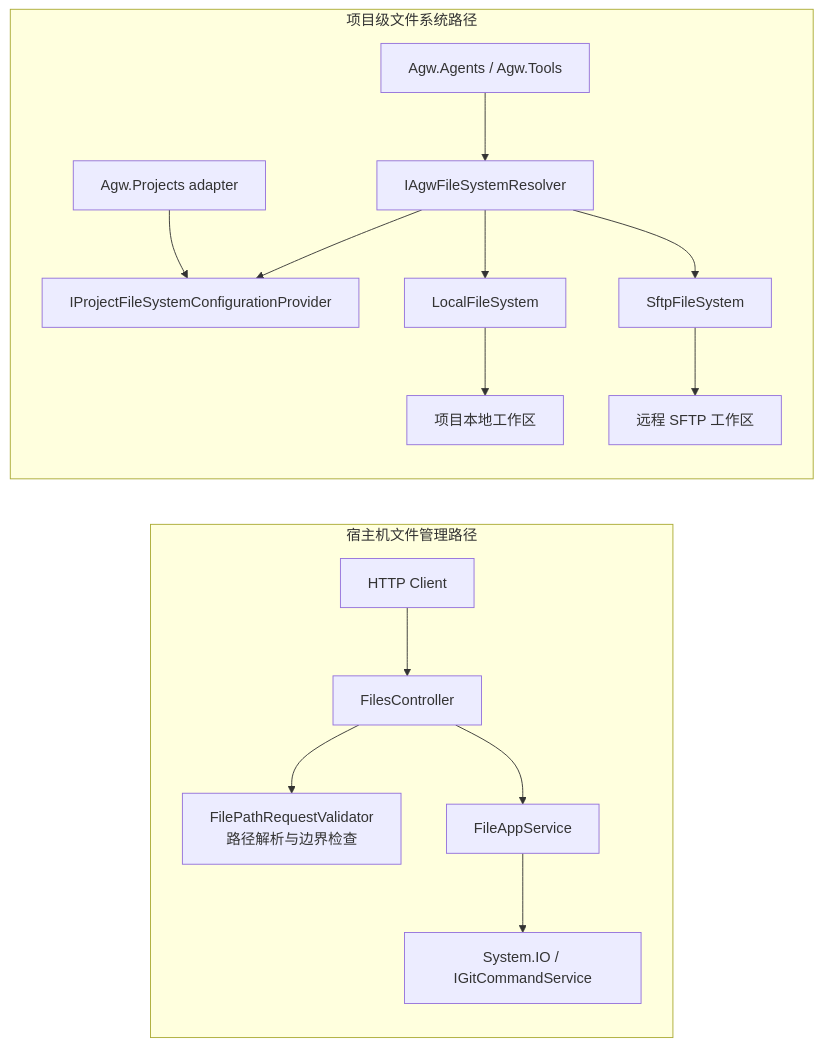
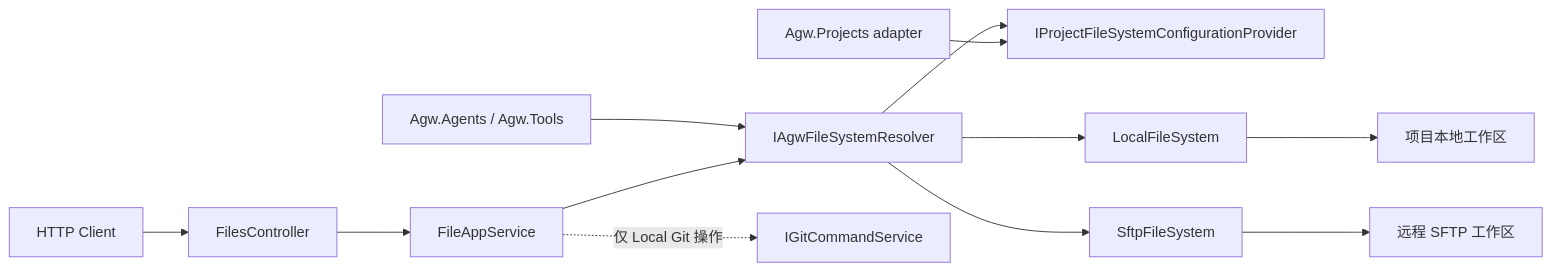
The diagram in src/server/Agw.Files/README.zh-CN.md (zxyao145/agw), drawn with Mermaid before and after one commit. The commit also changed other lines of this file and 40 other files, not shown here.

````diff
--- a/src/server/Agw.Files/README.zh-CN.md
+++ b/src/server/Agw.Files/README.zh-CN.md
@@ -40,19 +38,14 @@
 ```mermaid
 flowchart LR
-    subgraph HostPath["宿主机文件管理路径"]
-        Client["HTTP Client"] --> Controller["FilesController"]
-        Controller --> Validator["FilePathRequestValidator<br/>路径解析与边界检查"]
-        Controller --> AppService["FileAppService"]
-        AppService --> HostFs["System.IO / IGitCommandService"]
-    end
-
-    subgraph ProjectPath["项目级文件系统路径"]
-        Consumers["Agw.Agents / Agw.Tools"] --> Resolver["IAgwFileSystemResolver"]
-        Resolver --> Provider["IProjectFileSystemConfigurationProvider"]
-        Projects["Agw.Projects adapter"] --> Provider
-        Resolver --> Local["LocalFileSystem"]
-        Resolver --> Sftp["SftpFileSystem"]
-        Local --> LocalStorage["项目本地工作区"]
-        Sftp --> RemoteStorage["远程 SFTP 工作区"]
-    end
+    Client["HTTP Client"] --> Controller["FilesController"]
+    Controller --> AppService["FileAppService"]
+    Consumers["Agw.Agents / Agw.Tools"] --> Resolver["IAgwFileSystemResolver"]
+    AppService --> Resolver
+    Resolver --> Provider["IProjectFileSystemConfigurationProvider"]
+    Projects["Agw.Projects adapter"] --> Provider
+    Resolver --> Local["LocalFileSystem"]
+    Resolver --> Sftp["SftpFileSystem"]
+    Local --> LocalStorage["项目本地工作区"]
+    Sftp --> RemoteStorage["远程 SFTP 工作区"]
+    AppService -. "仅 Local Git 操作" .-> Git["IGitCommandService"]
 ```
````
